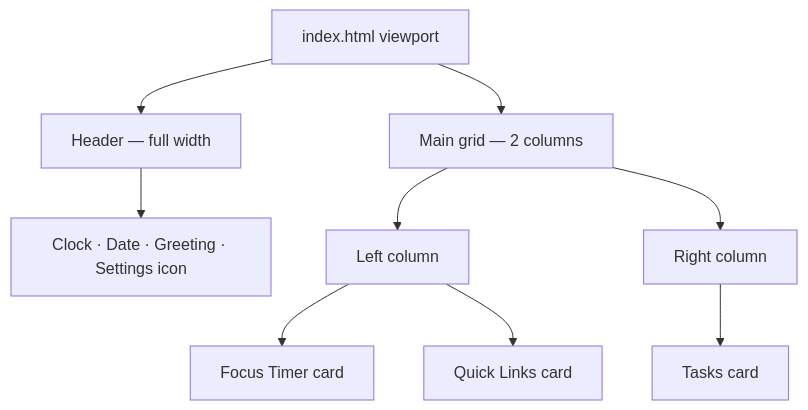
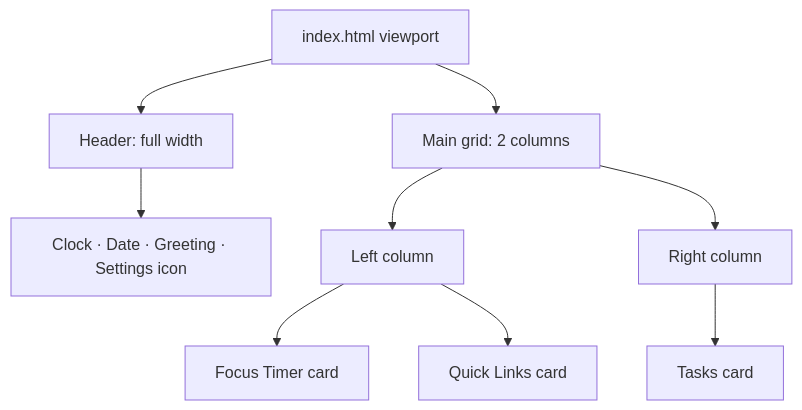
One commit to ne-he/To-do-list-organizer changed the first of 2 diagrams in .kiro/specs/todo-life-dashboard/design.md. Above: the diagram before and after it, drawn with Mermaid. The commit also changed other lines of this file and 4 other files, not shown here.

````diff
--- a/.kiro/specs/todo-life-dashboard/design.md
+++ b/.kiro/specs/todo-life-dashboard/design.md
@@ -38,12 +38,12 @@
 ```mermaid
 graph TD
   A[index.html viewport]
-  A --> B[Header — full width]
+  A --> B[Header: full width]
   B --> B1[Clock · Date · Greeting · Settings icon]
-  A --> C[Main grid — 2 columns]
+  A --> C[Main grid: 2 columns]
   C --> D[Left column]
   D --> D1[Focus Timer card]
   D --> D2[Quick Links card]
   C --> E[Right column]
   E --> E1[Tasks card]
 ```
````
